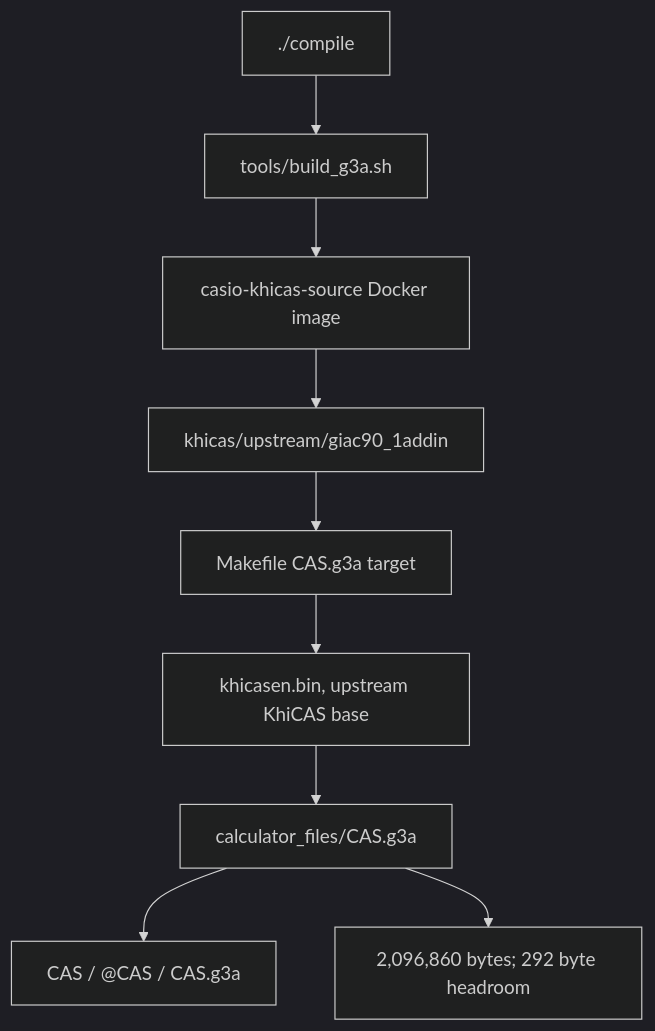
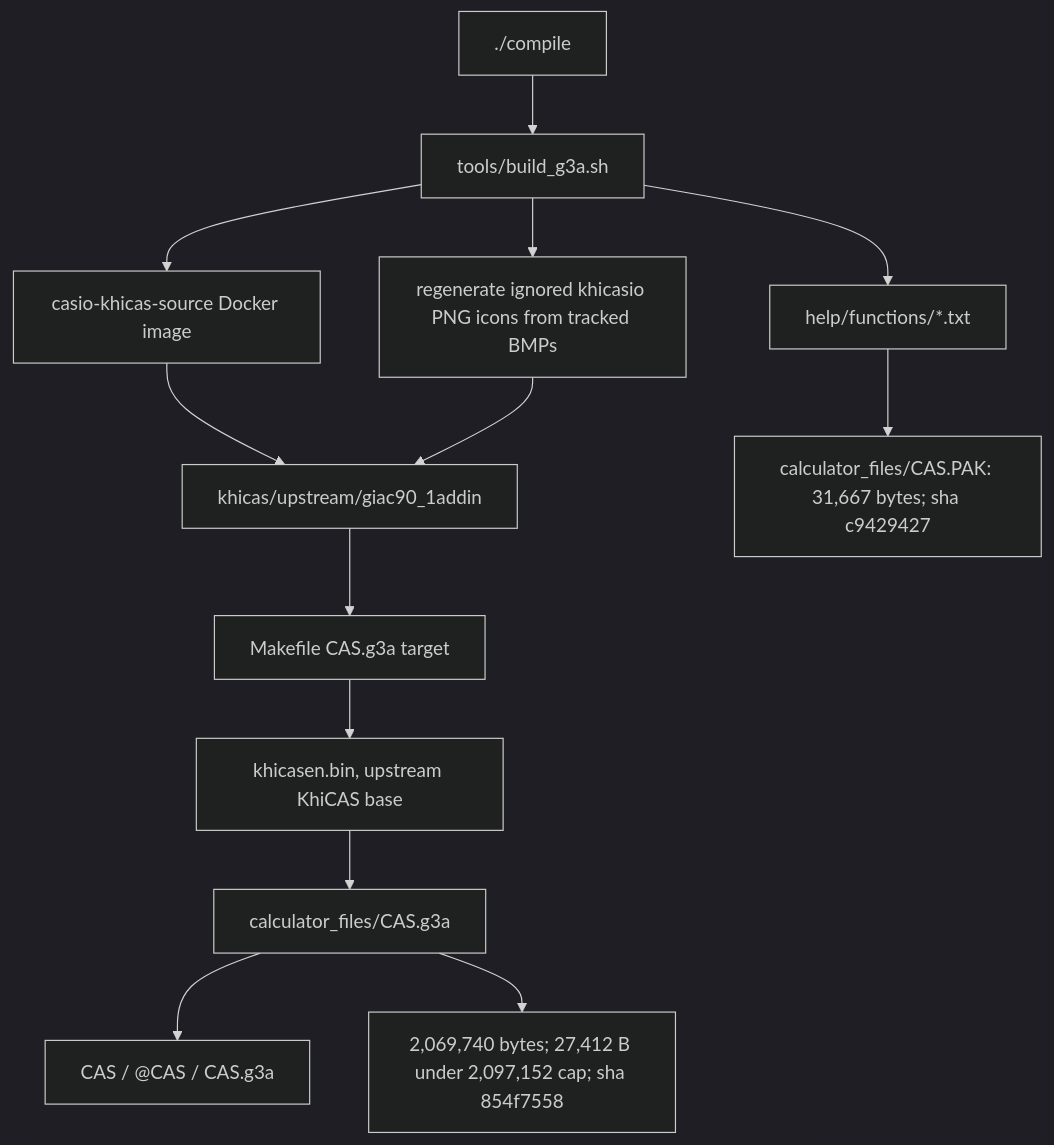
The first of 6 diagrams in docs/GRAPH.md (james8464/notes-addin-casio-fx-cg50), drawn with Mermaid (dark theme) before and after one commit. The commit also changed other lines of this file and 23 other files, not shown here.

````diff
--- a/docs/GRAPH.md
+++ b/docs/GRAPH.md
@@ -7,11 +7,15 @@
 ```mermaid
 graph TD
   Compile["./compile"] --> Build["tools/build_g3a.sh"]
   Build --> Docker["casio-khicas-source Docker image"]
   Docker --> Src["khicas/upstream/giac90_1addin"]
+  Build --> Icons["regenerate ignored khicasio PNG icons from tracked BMPs"]
+  Icons --> Src
   Src --> Make["Makefile CAS.g3a target"]
   Make --> Bin["khicasen.bin, upstream KhiCAS base"]
   Bin --> G3A["calculator_files/CAS.g3a"]
+  Build --> Help["help/functions/*.txt"]
+  Help --> PAK["calculator_files/CAS.PAK: 31,667 bytes; sha c9429427"]
   G3A --> Meta["CAS / @CAS / CAS.g3a"]
-  G3A --> Size["2,096,860 bytes; 292 byte headroom"]
+  G3A --> Size["2,069,740 bytes; 27,412 B under 2,097,152 cap; sha 854f7558"]
 ```
````
